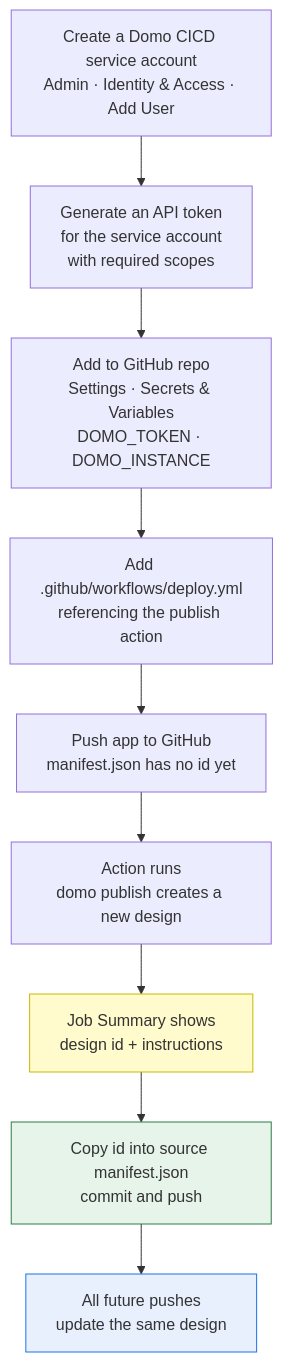
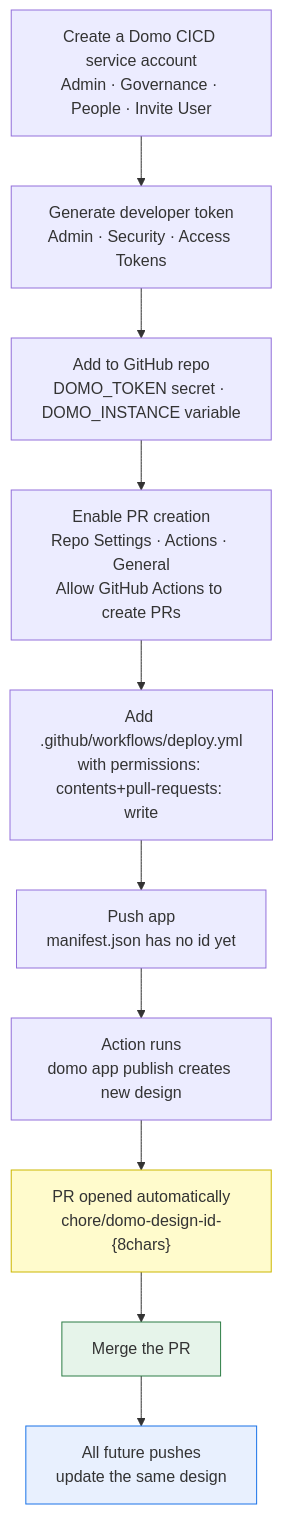
One commit to fossabot/domoapps-publish-action changed the diagram in docs/first-time-setup.md. Above: the diagram before and after it, drawn with Mermaid. The commit also changed 5 other files, not shown here.

First line of the commit message:
docs: update all docs and diagrams for new Domo CLI and PR flow

````diff
--- a/docs/first-time-setup.md
+++ b/docs/first-time-setup.md
@@ -3,16 +3,17 @@
 ```mermaid
 flowchart TD
-    ACCOUNT["Create a Domo CICD service account<br/>Admin · Identity &amp; Access · Add User"]
-    ACCOUNT --> TOKEN["Generate an API token<br/>for the service account<br/>with required scopes"]
-    TOKEN --> SECRETS["Add to GitHub repo<br/>Settings · Secrets &amp; Variables<br/>DOMO_TOKEN · DOMO_INSTANCE"]
-    SECRETS --> WORKFLOW["Add .github/workflows/deploy.yml<br/>referencing the publish action"]
-    WORKFLOW --> PUSH["Push app to GitHub<br/>manifest.json has no id yet"]
-    PUSH --> ACTION["Action runs<br/>domo publish creates a new design"]
-    ACTION --> SUMMARY["Job Summary shows<br/>design id + instructions"]
-    SUMMARY --> MANUAL["Copy id into source manifest.json<br/>commit and push"]
-    MANUAL --> DONE["All future pushes<br/>update the same design"]
+    ACCOUNT["Create a Domo CICD service account<br/>Admin · Governance · People · Invite User"]
+    ACCOUNT --> TOKEN["Generate developer token<br/>Admin · Security · Access Tokens"]
+    TOKEN --> SECRETS["Add to GitHub repo<br/>DOMO_TOKEN secret · DOMO_INSTANCE variable"]
+    SECRETS --> SETTINGS["Enable PR creation<br/>Repo Settings · Actions · General<br/>Allow GitHub Actions to create PRs"]
+    SETTINGS --> WORKFLOW["Add .github/workflows/deploy.yml<br/>with permissions: contents+pull-requests: write"]
+    WORKFLOW --> PUSH["Push app<br/>manifest.json has no id yet"]
+    PUSH --> ACTION["Action runs<br/>domo app publish creates new design"]
+    ACTION --> PR["PR opened automatically<br/>chore/domo-design-id-{8chars}"]
+    PR --> MERGE["Merge the PR"]
+    MERGE --> DONE["All future pushes<br/>update the same design"]
 
-    style SUMMARY fill:#fffbcc,stroke:#ccb700
-    style MANUAL fill:#e6f4ea,stroke:#2d7d46
+    style PR fill:#fffbcc,stroke:#ccb700
+    style MERGE fill:#e6f4ea,stroke:#2d7d46
     style DONE fill:#e8f0fe,stroke:#1a73e8
 ```
````
